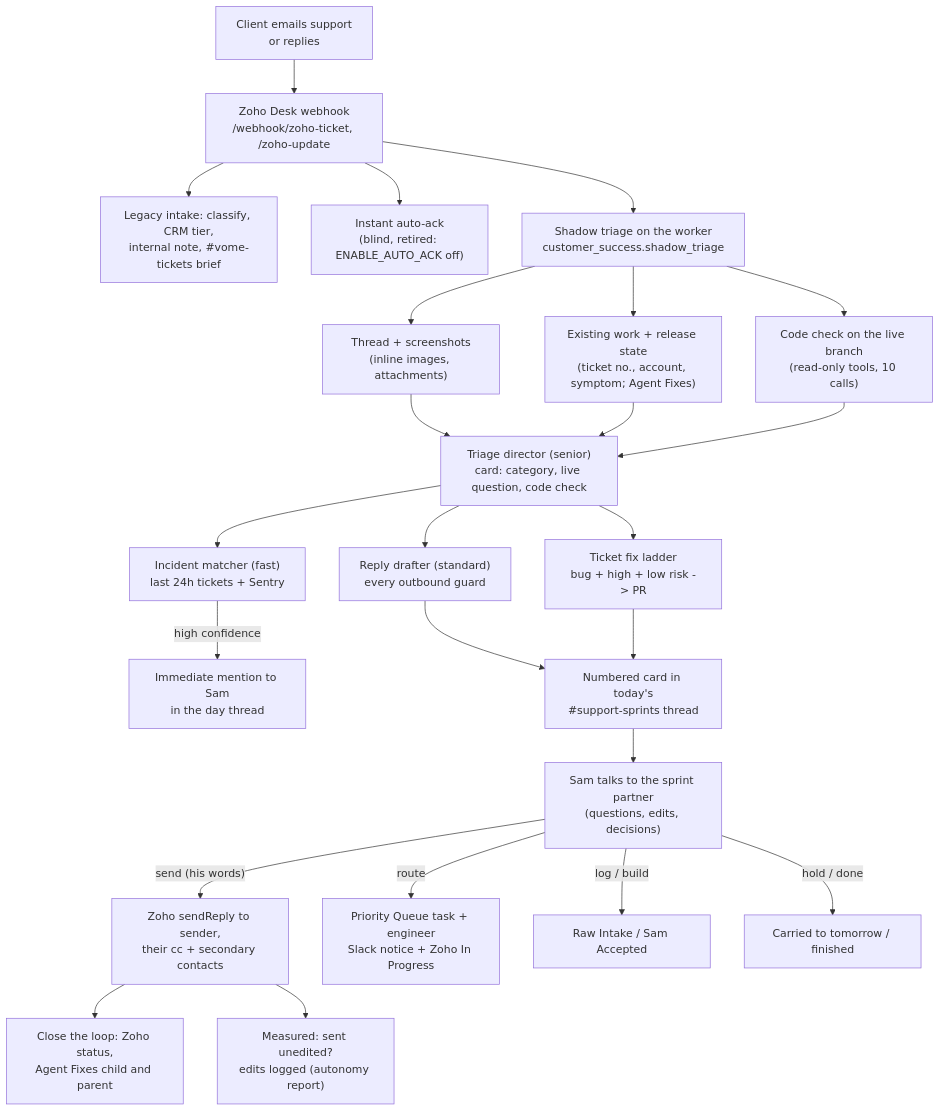
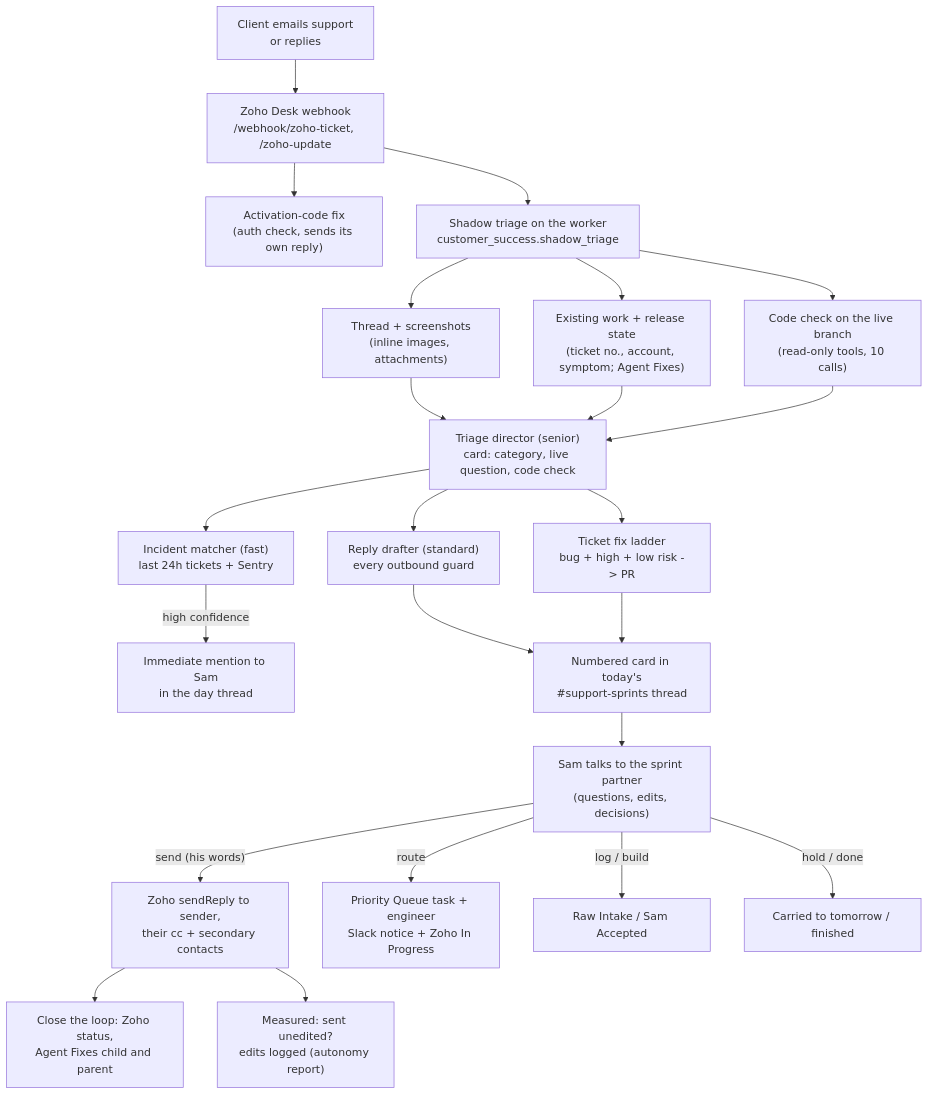
One commit to vomeadmin/vome-os changed the first of 7 diagrams in WORKFLOWS.md. Above: the diagram before and after it, drawn with Mermaid. The commit also changed other lines of this file and 20 other files, not shown here.

````diff
--- a/WORKFLOWS.md
+++ b/WORKFLOWS.md
@@ -30,23 +30,22 @@
 ```mermaid
 flowchart TD
   A["Client emails support<br/>or replies"]:::live --> B["Zoho Desk webhook<br/>/webhook/zoho-ticket, /zoho-update"]:::live
-  B --> L1["Legacy intake: classify, CRM tier,<br/>internal note, #vome-tickets brief"]:::decide
-  B --> L2["Instant auto-ack<br/>(blind, retired: ENABLE_AUTO_ACK off)"]:::built
+  B --> AC["Activation-code fix<br/>(auth check, sends its own reply)"]:::live
   B --> S["Shadow triage on the worker<br/>customer_success.shadow_triage"]:::deployed
   S --> S1["Thread + screenshots<br/>(inline images, attachments)"]:::deployed
   S --> S2["Existing work + release state<br/>(ticket no., account, symptom; Agent Fixes)"]:::deployed
   S --> S3["Code check on the live branch<br/>(read-only tools, 10 calls)"]:::built
   S1 & S2 & S3 --> T["Triage director (senior)<br/>card: category, live question, code check"]:::deployed
   T --> I["Incident matcher (fast)<br/>last 24h tickets + Sentry"]:::deployed
   I -->|high confidence| IA["Immediate mention to Sam<br/>in the day thread"]:::deployed
   T --> D["Reply drafter (standard)<br/>every outbound guard"]:::deployed
   T --> F["Ticket fix ladder<br/>bug + high + low risk -> PR"]:::built
   D & F --> C["Numbered card in today's<br/>#support-sprints thread"]:::deployed
   C --> P["Sam talks to the sprint partner<br/>(questions, edits, decisions)"]:::deployed
   P -->|"send (his words)"| SE["Zoho sendReply to sender,<br/>their cc + secondary contacts"]:::deployed
   SE --> CL["Close the loop: Zoho status,<br/>Agent Fixes child and parent"]:::built
   P -->|route| R["Priority Queue task + engineer<br/>Slack notice + Zoho In Progress"]:::deployed
   P -->|log / build| FR["Raw Intake / Sam Accepted"]:::deployed
   P -->|hold / done| H["Carried to tomorrow / finished"]:::deployed
   SE --> M["Measured: sent unedited?<br/>edits logged (autonomy report)"]:::built
 ```
````
